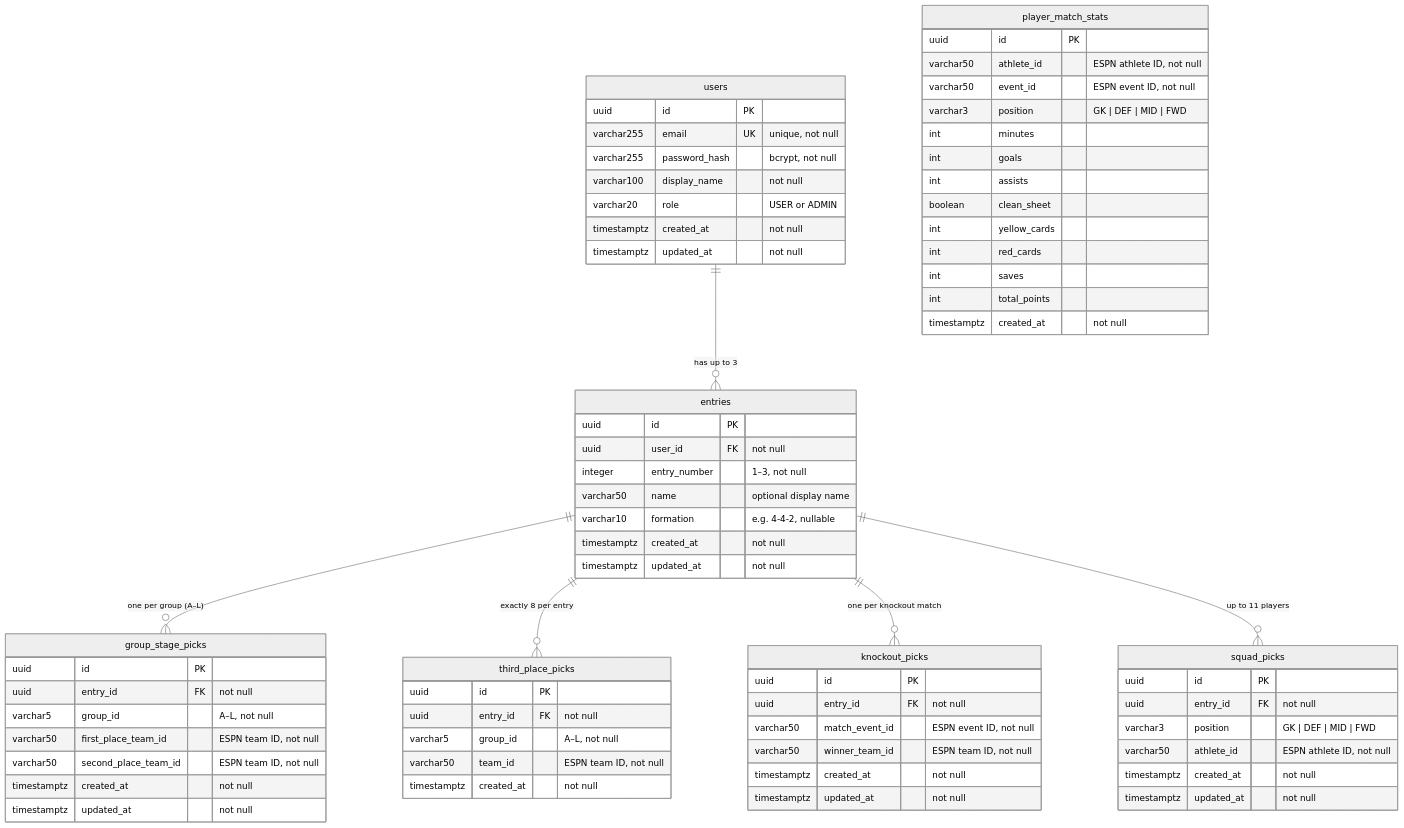
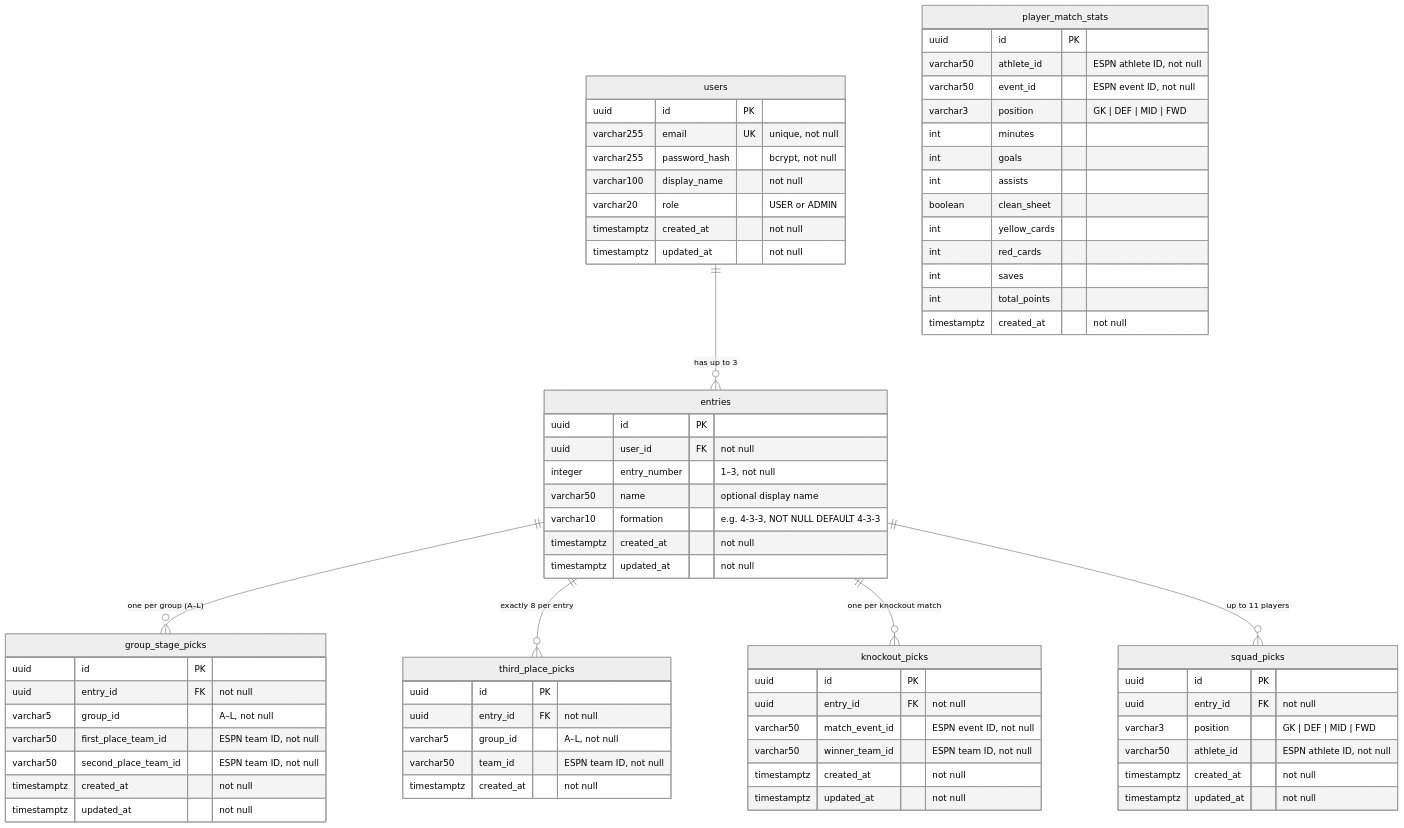
Before and after one commit to jominsky-ux/worldcupapp: the diagram in backend/README.md, drawn with Mermaid (neutral theme). The commit also changed other lines of this file and 3 other files, not shown here.

Commit message:
Updating readme and architecture files with latest changes for observability

````diff
--- a/backend/README.md
+++ b/backend/README.md
@@ -347,80 +349,80 @@
 ```mermaid
 erDiagram
     users {
         uuid        id              PK
         varchar255  email           UK  "unique, not null"
         varchar255  password_hash       "bcrypt, not null"
         varchar100  display_name        "not null"
         varchar20   role                "USER or ADMIN"
         timestamptz created_at          "not null"
         timestamptz updated_at          "not null"
     }
 
     entries {
         uuid        id              PK
         uuid        user_id         FK  "not null"
         integer     entry_number        "1–3, not null"
         varchar50   name                "optional display name"
-        varchar10   formation           "e.g. 4-4-2, nullable"
+        varchar10   formation           "e.g. 4-3-3, NOT NULL DEFAULT 4-3-3"
         timestamptz created_at          "not null"
         timestamptz updated_at          "not null"
     }
 
     group_stage_picks {
         uuid        id                   PK
         uuid        entry_id             FK  "not null"
         varchar5    group_id                 "A–L, not null"
         varchar50   first_place_team_id      "ESPN team ID, not null"
         varchar50   second_place_team_id     "ESPN team ID, not null"
         timestamptz created_at               "not null"
         timestamptz updated_at               "not null"
     }
 
     third_place_picks {
         uuid        id          PK
         uuid        entry_id    FK  "not null"
         varchar5    group_id        "A–L, not null"
         varchar50   team_id         "ESPN team ID, not null"
         timestamptz created_at      "not null"
     }
 
     knockout_picks {
         uuid        id               PK
         uuid        entry_id         FK  "not null"
         varchar50   match_event_id       "ESPN event ID, not null"
         varchar50   winner_team_id       "ESPN team ID, not null"
         timestamptz created_at           "not null"
         timestamptz updated_at           "not null"
     }
 
     squad_picks {
         uuid        id           PK
         uuid        entry_id     FK  "not null"
         varchar3    position         "GK | DEF | MID | FWD"
         varchar50   athlete_id       "ESPN athlete ID, not null"
         timestamptz created_at       "not null"
         timestamptz updated_at       "not null"
     }
 
     player_match_stats {
         uuid        id           PK
         varchar50   athlete_id       "ESPN athlete ID, not null"
         varchar50   event_id         "ESPN event ID, not null"
         varchar3    position         "GK | DEF | MID | FWD"
         int         minutes
         int         goals
         int         assists
         boolean     clean_sheet
         int         yellow_cards
         int         red_cards
         int         saves
         int         total_points
         timestamptz created_at       "not null"
     }
 
     users             ||--o{ entries              : "has up to 3"
     entries           ||--o{ group_stage_picks     : "one per group (A–L)"
     entries           ||--o{ third_place_picks     : "exactly 8 per entry"
     entries           ||--o{ knockout_picks        : "one per knockout match"
     entries           ||--o{ squad_picks           : "up to 11 players"
 ```
````
